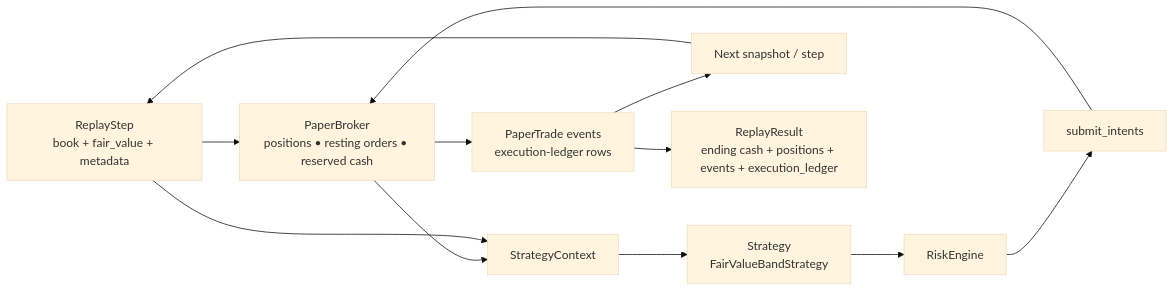
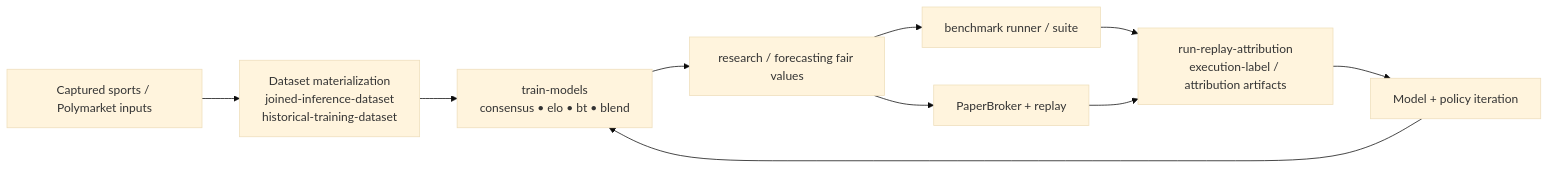
The diagram in docs/diagrams/05-research-paper-replay-loop.md (harshitagarwal2/polymarket-prediction-agent), drawn with Mermaid (base theme) before and after one commit. The commit also changed other lines of this file and 8 other files, not shown here.

First line of the commit message:
Refresh architecture diagrams

````diff
--- a/docs/diagrams/05-research-paper-replay-loop.md
+++ b/docs/diagrams/05-research-paper-replay-loop.md
@@ -5,24 +5,21 @@
 ```mermaid
 flowchart LR
-    step[ReplayStep\nbook + fair_value + metadata]
-    broker[PaperBroker\npositions • resting orders • reserved cash]
-    context[StrategyContext]
-    strategy[Strategy\nFairValueBandStrategy]
-    risk[RiskEngine]
-    submit[submit_intents]
-    trades[PaperTrade events\nexecution-ledger rows]
-    nextstep[Next snapshot / step]
-    result[ReplayResult\nending cash + positions + events + execution_ledger]
+    capture[Captured sports / Polymarket inputs]
+    datasets[Dataset materialization\njoined-inference-dataset\nhistorical-training-dataset]
+    train[train-models\nconsensus • elo • bt • blend]
+    fairvalues[research / forecasting fair values]
+    benchmark[benchmark runner / suite]
+    paper[PaperBroker + replay]
+    attribution[run-replay-attribution\nexecution-label / attribution artifacts]
+    iterate[Model + policy iteration]
 
-    step --> broker
-    broker --> context
-    step --> context
-    context --> strategy
-    strategy --> risk
-    risk --> submit
-    submit --> broker
-    broker --> trades
-    trades --> nextstep
-    nextstep --> step
-    trades --> result
+    capture --> datasets
+    datasets --> train
+    train --> fairvalues
+    fairvalues --> benchmark
+    fairvalues --> paper
+    benchmark --> attribution
+    paper --> attribution
+    attribution --> iterate
+    iterate --> train
 ```
````
